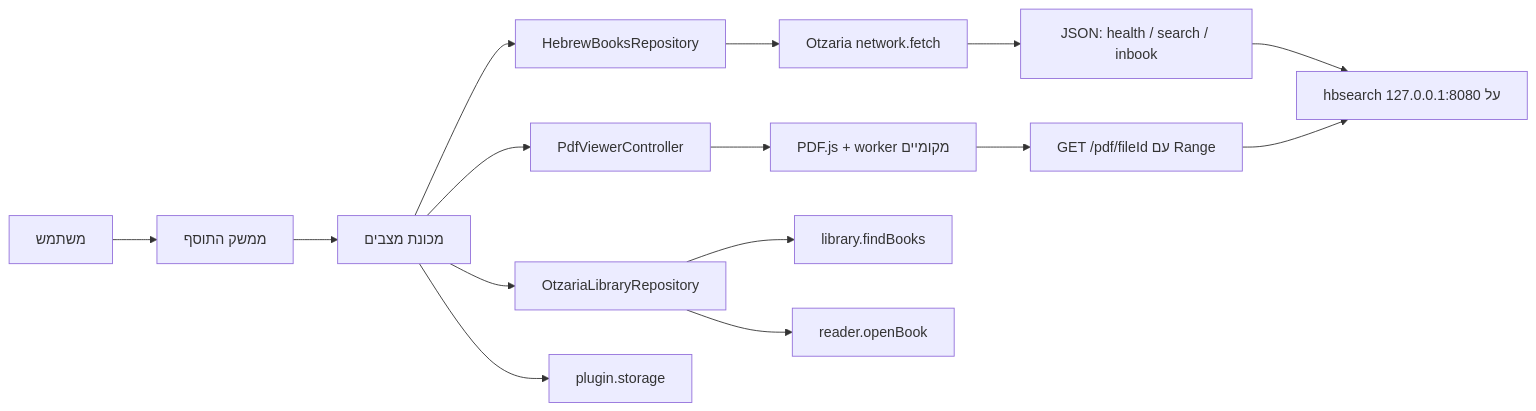
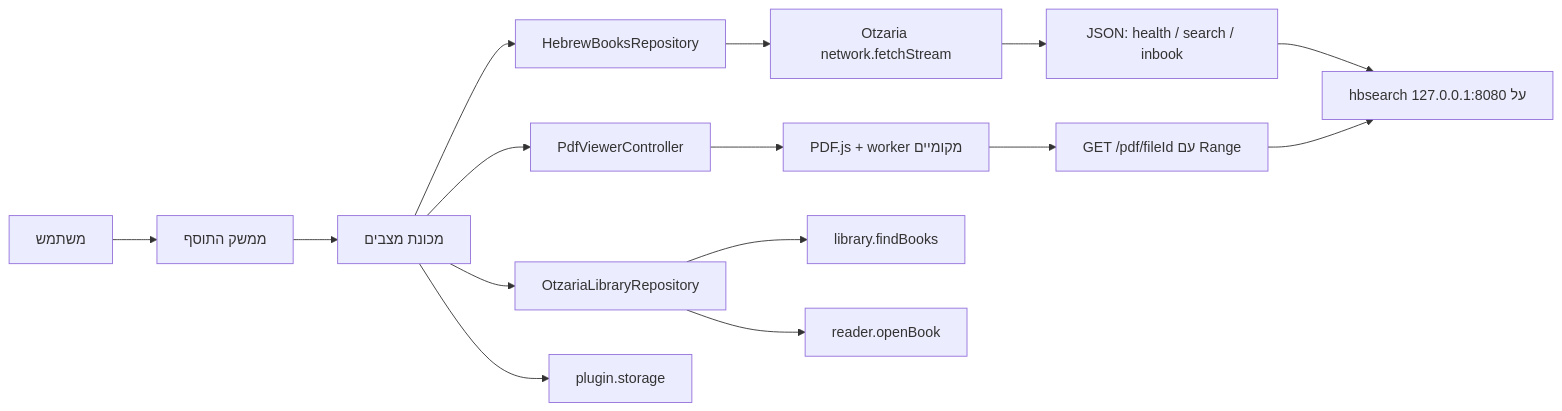
Before and after one commit to Y-PLONI/HebrewBooksPlugin: the diagram in IMPLEMENTATION_SPEC.md, drawn with Mermaid. The commit also changed other lines of this file and 15 other files, not shown here.

````diff
--- a/IMPLEMENTATION_SPEC.md
+++ b/IMPLEMENTATION_SPEC.md
@@ -132,17 +132,17 @@
 ```mermaid
 flowchart LR
     U["משתמש"] --> UI["ממשק התוסף"]
     UI --> SM["מכונת מצבים"]
     SM --> HR["HebrewBooksRepository"]
-    HR --> SDK["Otzaria network.fetch"]
+    HR --> SDK["Otzaria network.fetchStream"]
     SDK --> HB["JSON: health / search / inbook"]
     SM --> PV["PdfViewerController"]
     PV --> PJS["PDF.js + worker מקומיים"]
     PJS --> RANGE["GET /pdf/fileId עם Range"]
     HB --> SVC["hbsearch על 127.0.0.1:8080"]
     RANGE --> SVC
     SM --> LR["OtzariaLibraryRepository"]
     LR --> LAPI["library.findBooks"]
     LR --> RAPI["reader.openBook"]
     SM --> ST["plugin.storage"]
 ```
````
